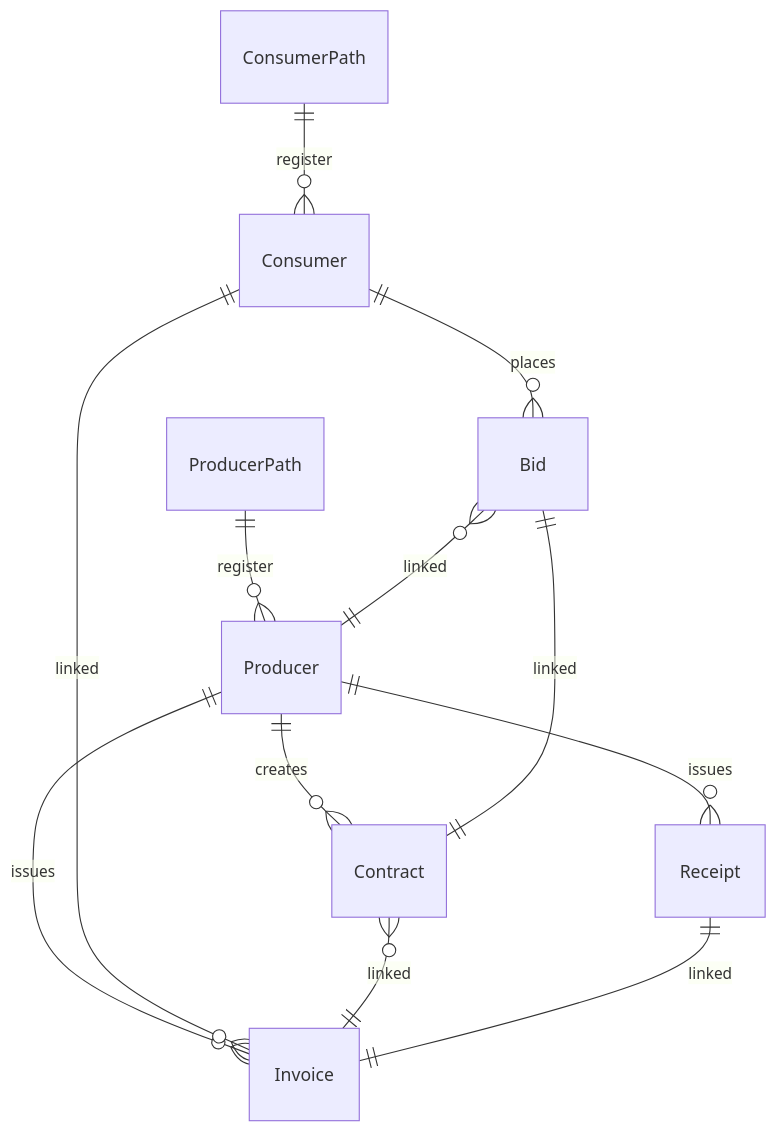
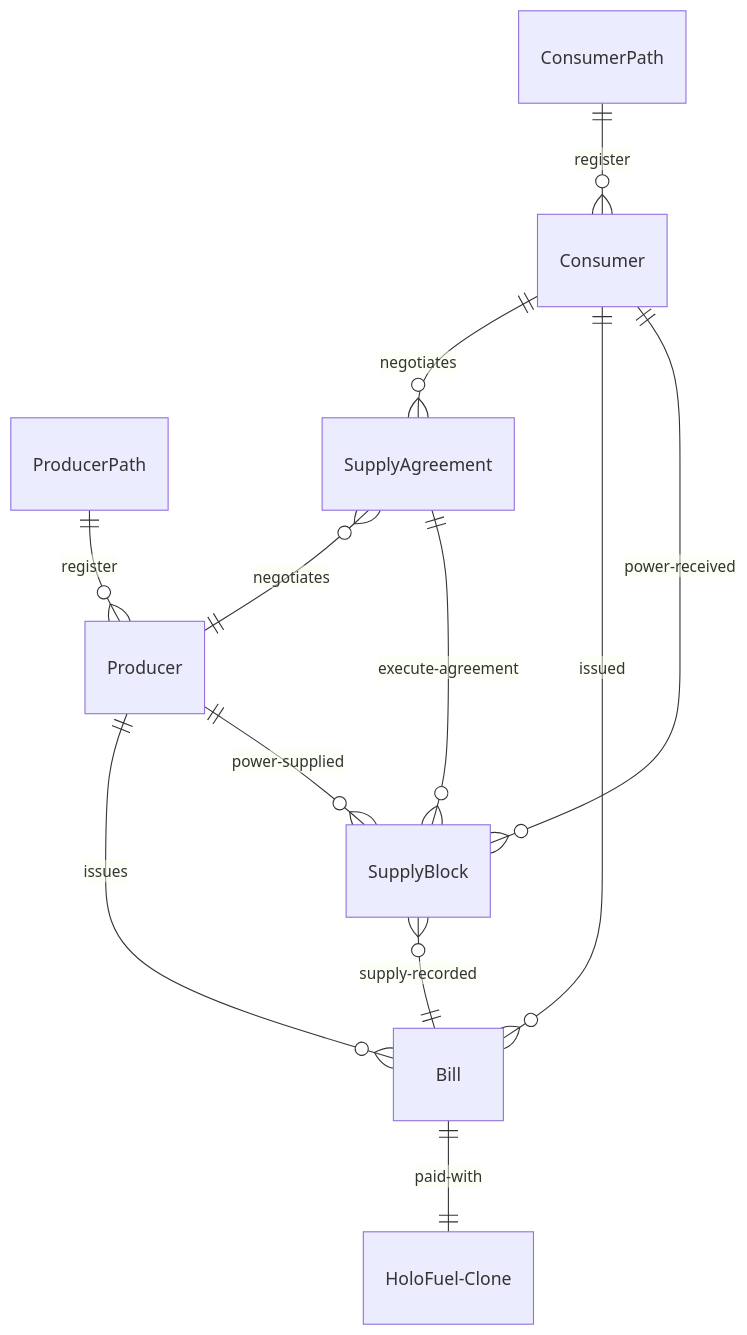
Before and after one commit to ioen-tech/ioen-micro-ledger: the second of 2 diagrams in SPEC.md, drawn with Mermaid. The commit also changed other lines of this file and 63 other files, not shown here.

````diff
--- a/SPEC.md
+++ b/SPEC.md
@@ -43,15 +54,14 @@
 ```mermaid
 erDiagram
     ProducerPath ||--o{ Producer : register
     ConsumerPath ||--o{ Consumer : register
-    Consumer ||--o{ Bid : places
-    Bid o{ --||Producer : linked
-    Producer ||--o{ Contract : creates
-    Bid ||--|| Contract : linked
-    Producer ||--o{ Invoice : issues
-    Consumer ||--o{ Invoice : linked
-    Contract }o--|| Invoice : linked
-    Receipt ||--|| Invoice : linked
-    Producer ||--o{ Receipt : issues
-    
+    Consumer ||--o{ SupplyAgreement : negotiates
+    SupplyAgreement o{ --||Producer : negotiates
+    Producer ||--o{ Bill : issues
+    Consumer ||--o{ Bill : issued
+    SupplyAgreement ||--o{ SupplyBlock : execute-agreement
+    Producer ||--o{ SupplyBlock : power-supplied
+    Consumer ||--o{ SupplyBlock : power-received
+    SupplyBlock }o--|| Bill : supply-recorded
+    Bill ||--|| HoloFuel-Clone : paid-with
 ```
````
